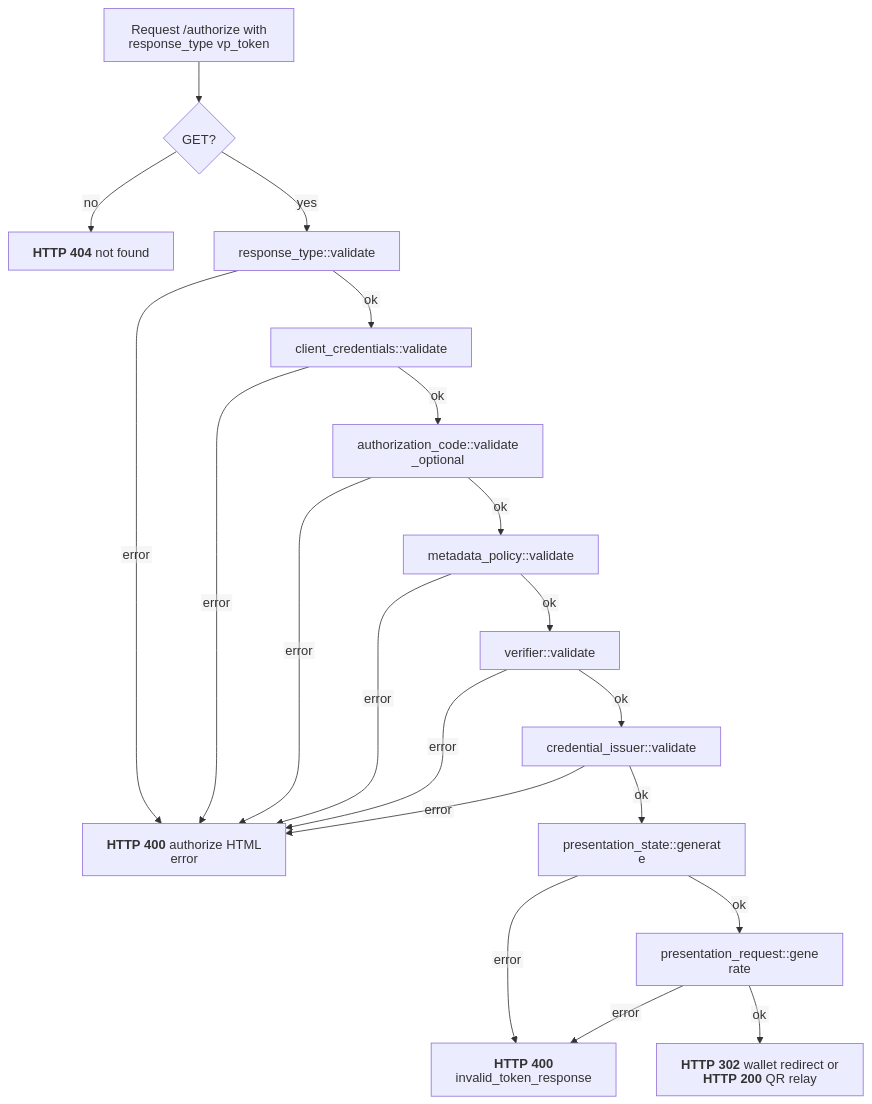
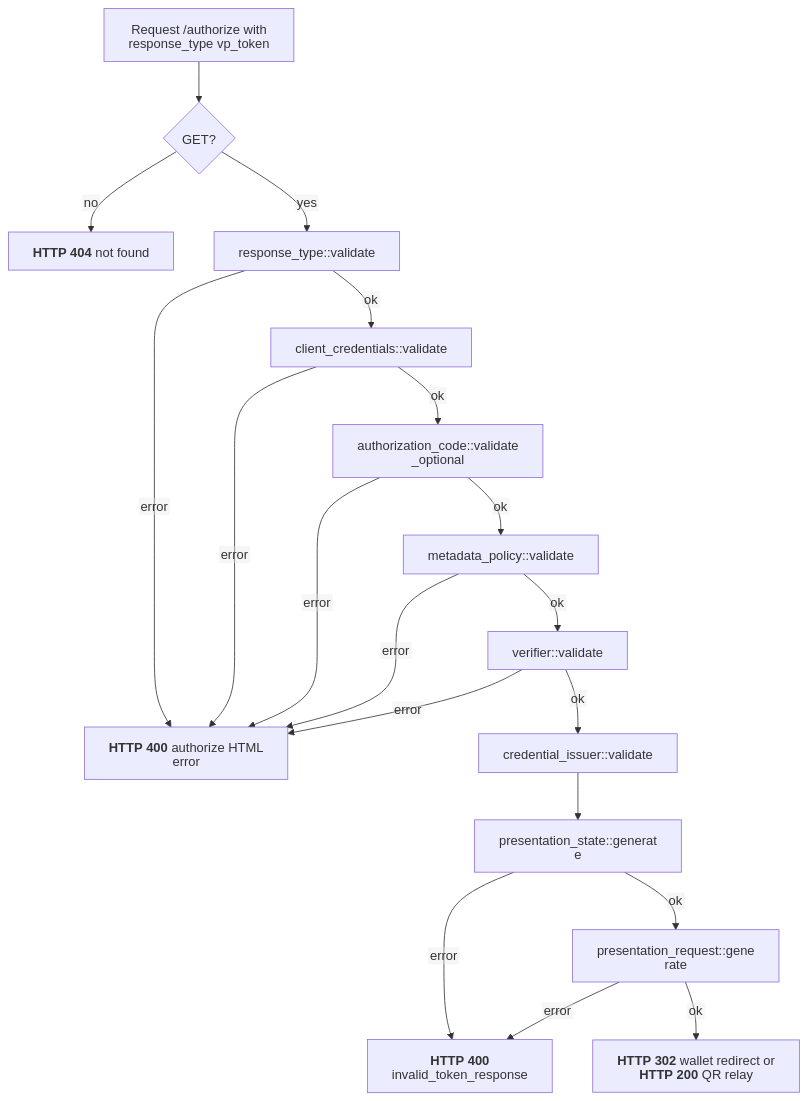
The diagram in docs/flows/openid4vp/presentation_request_endpoint.mmd (malach-it/kagome), drawn with Mermaid before and after one commit. The commit also changed 23 other files, not shown here.

```diff
--- a/docs/flows/openid4vp/presentation_request_endpoint.mmd
+++ b/docs/flows/openid4vp/presentation_request_endpoint.mmd
@@ -1,21 +1,20 @@
 %%{init: {"htmlLabels": false, "flowchart": {"htmlLabels": false}}}%%
 flowchart TD
     start[Request /authorize with response_type vp_token] --> method{GET?}
     method -- no --> not_found["`**HTTP 404** not found`"]
     method -- yes --> response_type["response_type::validate"]
     response_type -- error --> authorize_error["`**HTTP 400** authorize HTML error`"]
     response_type -- ok --> client["client_credentials::validate"]
     client -- error --> authorize_error
     client -- ok --> code["authorization_code::validate_optional"]
     code -- error --> authorize_error
     code -- ok --> policy["metadata_policy::validate"]
     policy -- error --> authorize_error
     policy -- ok --> verifier["verifier::validate"]
     verifier -- error --> authorize_error
     verifier -- ok --> issuer["credential_issuer::validate"]
-    issuer -- error --> authorize_error
-    issuer -- ok --> state["presentation_state::generate"]
+    issuer --> state["presentation_state::generate"]
     state -- error --> generation_error["`**HTTP 400** invalid_token_response`"]
     state -- ok --> request_object["presentation_request::generate"]
     request_object -- error --> generation_error
     request_object -- ok --> success["`**HTTP 302** wallet redirect or **HTTP 200** QR relay`"]
```
